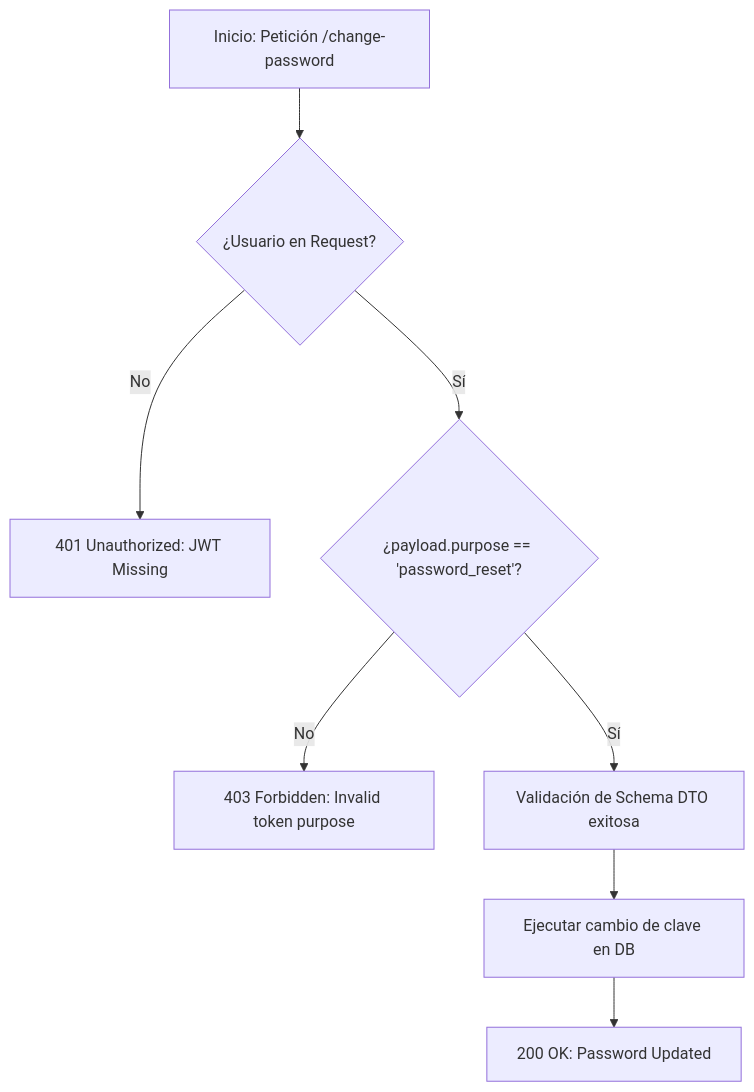
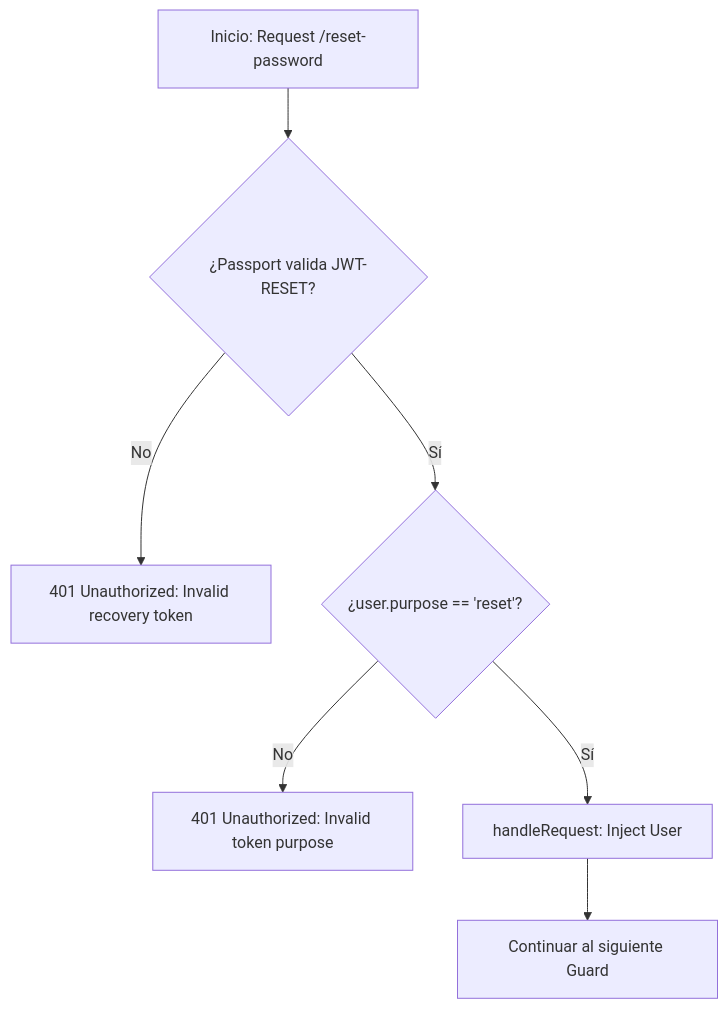
Before and after one commit to freddyhcode/nestjs-auth-boilerplate: the diagram in docs/password-reset.md, drawn with Mermaid. The commit also changed 12 other files, not shown here.

Commit message:
fix: isolate password reset secrets and strategies

````diff
--- a/docs/password-reset.md
+++ b/docs/password-reset.md
@@ -3,10 +3,9 @@
 ```mermaid
 flowchart TD
-    A[Inicio: Petición /change-password] --> B{¿Usuario en Request?}
-    B -- No --> C[401 Unauthorized: JWT Missing]
-    B -- Sí --> D{"¿payload.purpose == 'password_reset'?"}
-    D -- No --> E["403 Forbidden: Invalid token purpose"]
-    D -- Sí --> F[Validación de Schema DTO exitosa]
-    F --> G[Ejecutar cambio de clave en DB]
-    G --> H[200 OK: Password Updated]
+    A[Inicio: Request /reset-password] --> B{¿Passport valida JWT-RESET?}
+    B -- No --> C["401 Unauthorized: Invalid recovery token"]
+    B -- Sí --> D{"¿user.purpose == 'reset'?"}
+    D -- No --> E["401 Unauthorized: Invalid token purpose"]
+    D -- Sí --> F[handleRequest: Inject User]
+    F --> G[Continuar al siguiente Guard]
 ```
````
